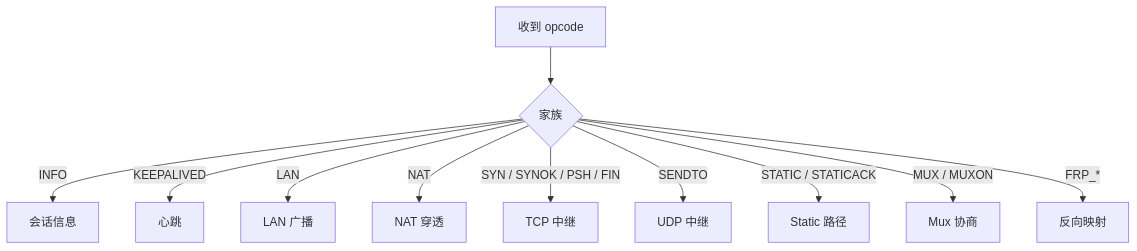
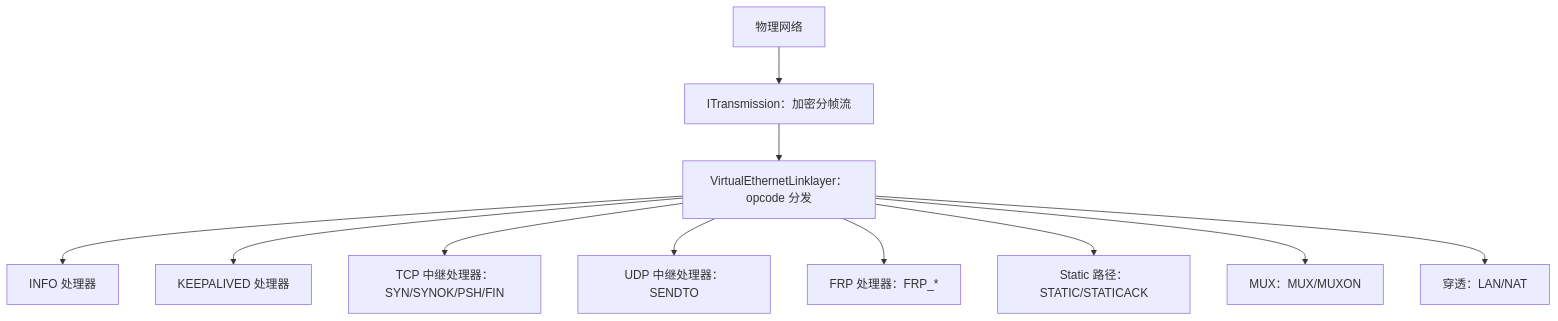
Before and after one commit to HyacinthHaru/openppp2: the first of 12 diagrams in docs/LINKLAYER_PROTOCOL_CN.md, drawn with Mermaid. The commit also changed other lines of this file and 93 other files, not shown here.

````diff
--- a/docs/LINKLAYER_PROTOCOL_CN.md
+++ b/docs/LINKLAYER_PROTOCOL_CN.md
@@ -62,13 +31,13 @@
 ```mermaid
 flowchart TD
-    A[收到 opcode] --> B{家族}
-    B -->|INFO| C[会话信息]
-    B -->|KEEPALIVED| D[心跳]
-    B -->|LAN| E[LAN 广播]
-    B -->|NAT| F[NAT 穿透]
-    B -->|SYN / SYNOK / PSH / FIN| G[TCP 中继]
-    B -->|SENDTO| H[UDP 中继]
-    B -->|STATIC / STATICACK| I[Static 路径]
-    B -->|MUX / MUXON| J[Mux 协商]
-    B -->|FRP_*| K[反向映射]
+    A[物理网络] --> B[ITransmission：加密分帧流]
+    B --> C[VirtualEthernetLinklayer：opcode 分发]
+    C --> D[INFO 处理器]
+    C --> E[KEEPALIVED 处理器]
+    C --> F[TCP 中继处理器：SYN/SYNOK/PSH/FIN]
+    C --> G[UDP 中继处理器：SENDTO]
+    C --> H[FRP 处理器：FRP_*]
+    C --> I[Static 路径：STATIC/STATICACK]
+    C --> J[MUX：MUX/MUXON]
+    C --> K[穿透：LAN/NAT]
 ```
````
